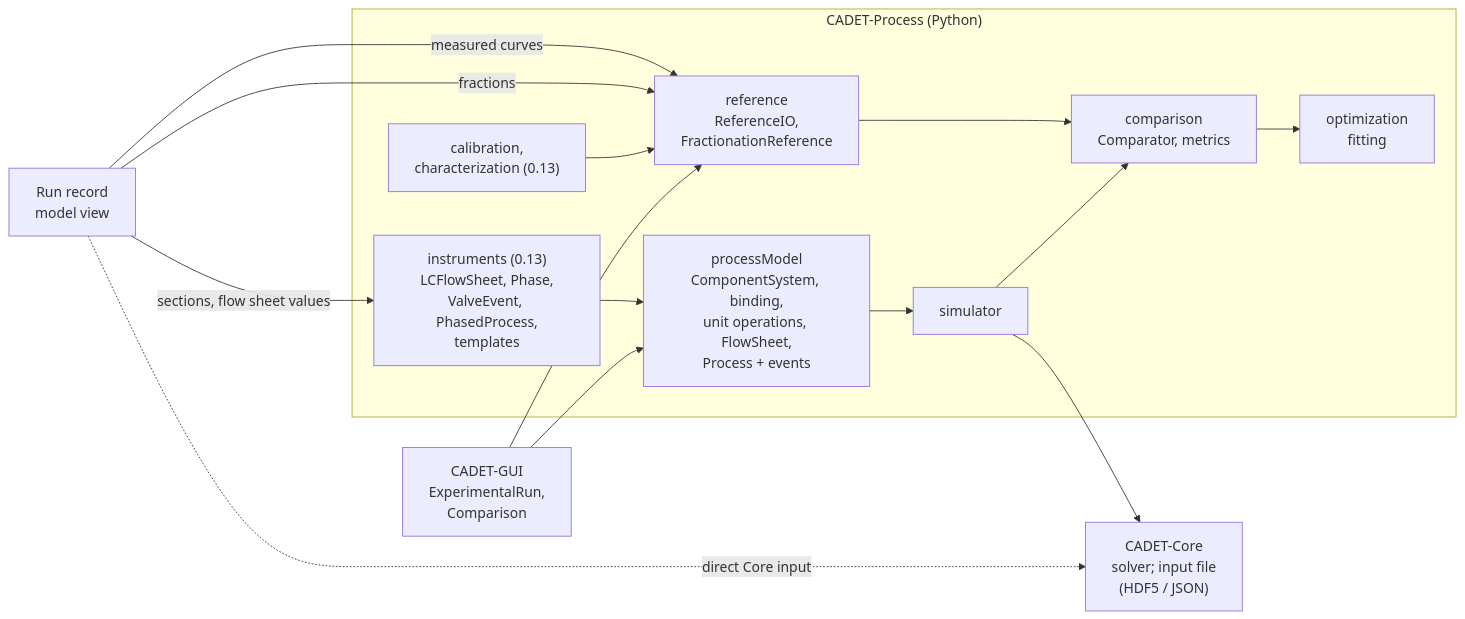
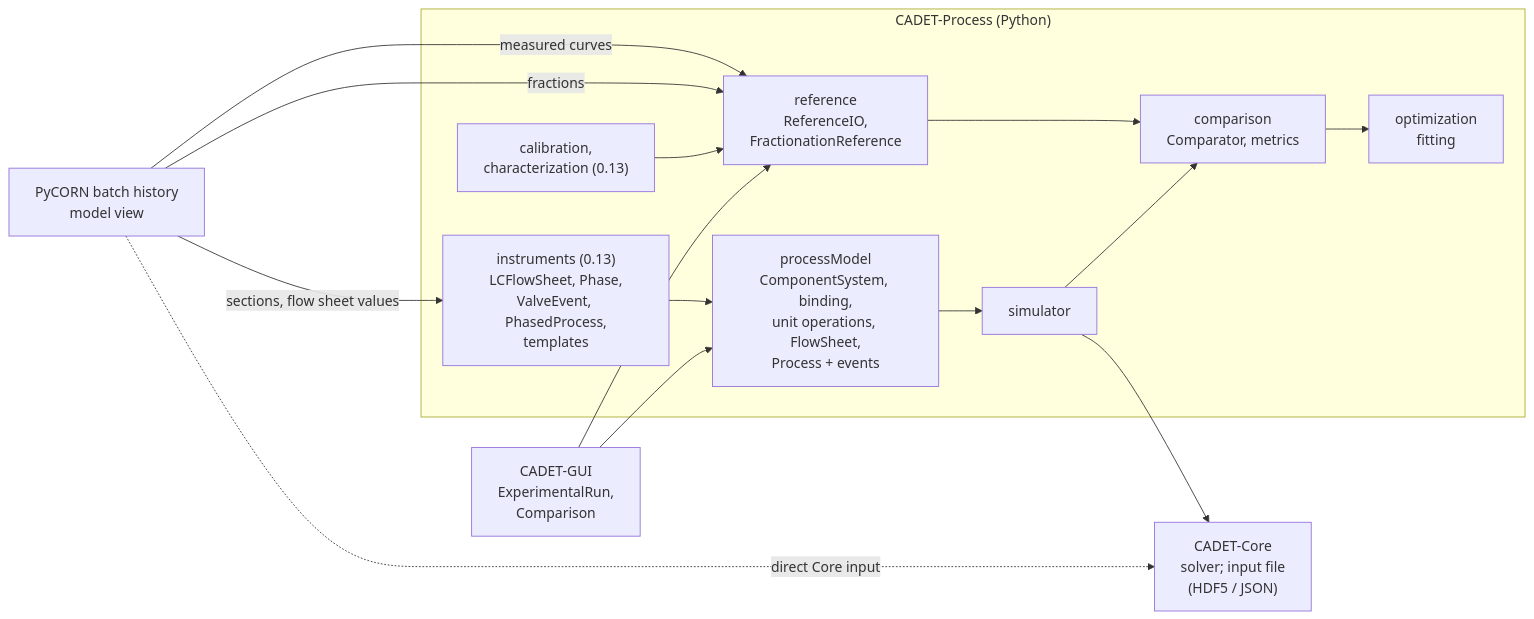
Before and after one commit to traylosj/PyCORN: the ninth of 10 diagrams in docs/RUN_STRUCTURE_RECORD.md, drawn with Mermaid. The commit also changed other lines of this file, not shown here.

First line of the commit message:
Run record proposal: PyCORN batch history, numbered tables and figures

````diff
--- a/docs/RUN_STRUCTURE_RECORD.md
+++ b/docs/RUN_STRUCTURE_RECORD.md
@@ -782,26 +1050,26 @@
 ```mermaid
 flowchart LR
     subgraph proc["CADET-Process (Python)"]
         pm["processModel<br/>ComponentSystem, binding,<br/>unit operations, FlowSheet,<br/>Process + events"]
         ins["instruments (0.13)<br/>LCFlowSheet, Phase,<br/>ValveEvent, PhasedProcess,<br/>templates"]
         ref["reference<br/>ReferenceIO,<br/>FractionationReference"]
         cmp["comparison<br/>Comparator, metrics"]
         cal["calibration,<br/>characterization (0.13)"]
         opt["optimization<br/>fitting"]
         simu["simulator"]
     end
     core["CADET-Core<br/>solver; input file<br/>(HDF5 / JSON)"]
     gui["CADET-GUI<br/>ExperimentalRun,<br/>Comparison"]
-    rec["Run record<br/>model view"] -- sections, flow sheet values --> ins
+    rec["PyCORN batch history<br/>model view"] -- sections, flow sheet values --> ins
     rec -- measured curves --> ref
     rec -- fractions --> ref
     rec -. direct Core input .-> core
     ins --> pm
     pm --> simu --> core
     ref --> cmp
     simu --> cmp
     cmp --> opt
     cal --> ref
     gui --> pm
     gui --> ref
 ```
````
